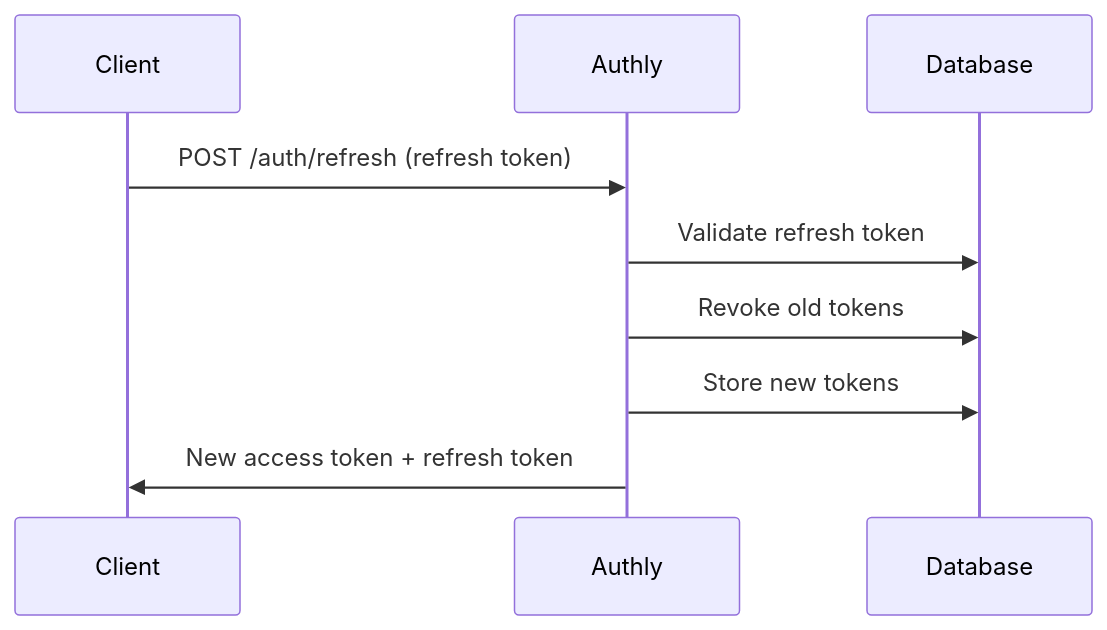
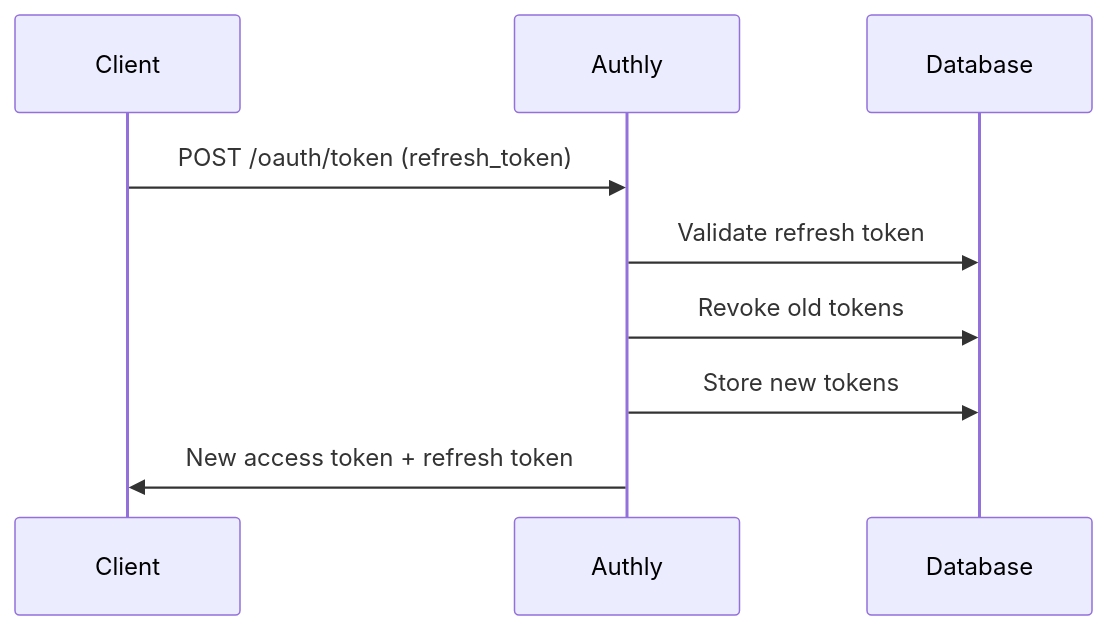
The fourth of 5 diagrams in docs/architecture.md (descoped/authly), drawn with Mermaid before and after one commit. The commit also changed other lines of this file and 39 other files, not shown here.

First line of the commit message:
feat: implement OAuth 2.1 strict compliance with client credentials grant

````diff
--- a/docs/architecture.md
+++ b/docs/architecture.md
@@ -398,12 +590,12 @@
 ```mermaid
 sequenceDiagram
     participant Client
     participant Authly
     participant Database
 
-    Client->>Authly: POST /auth/refresh (refresh token)
+    Client->>Authly: POST /oauth/token (refresh_token)
     Authly->>Database: Validate refresh token
     Authly->>Database: Revoke old tokens
     Authly->>Database: Store new tokens
     Authly->>Client: New access token + refresh token
 ```
````
